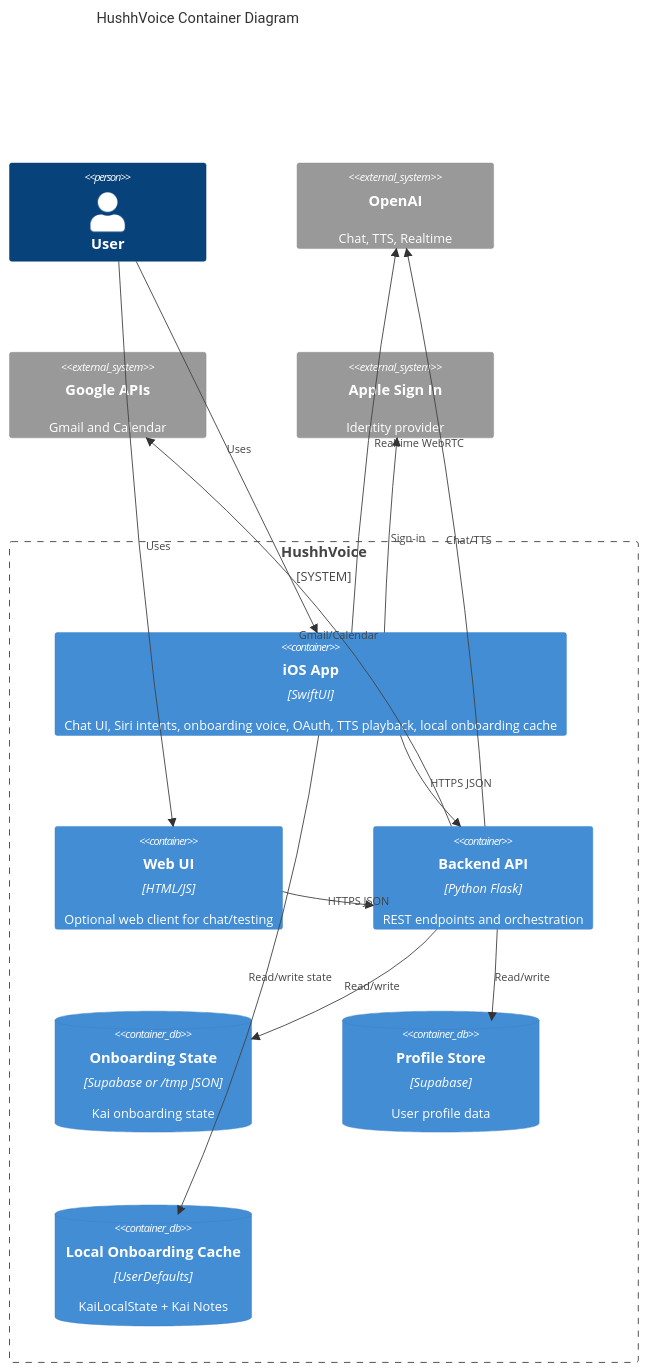
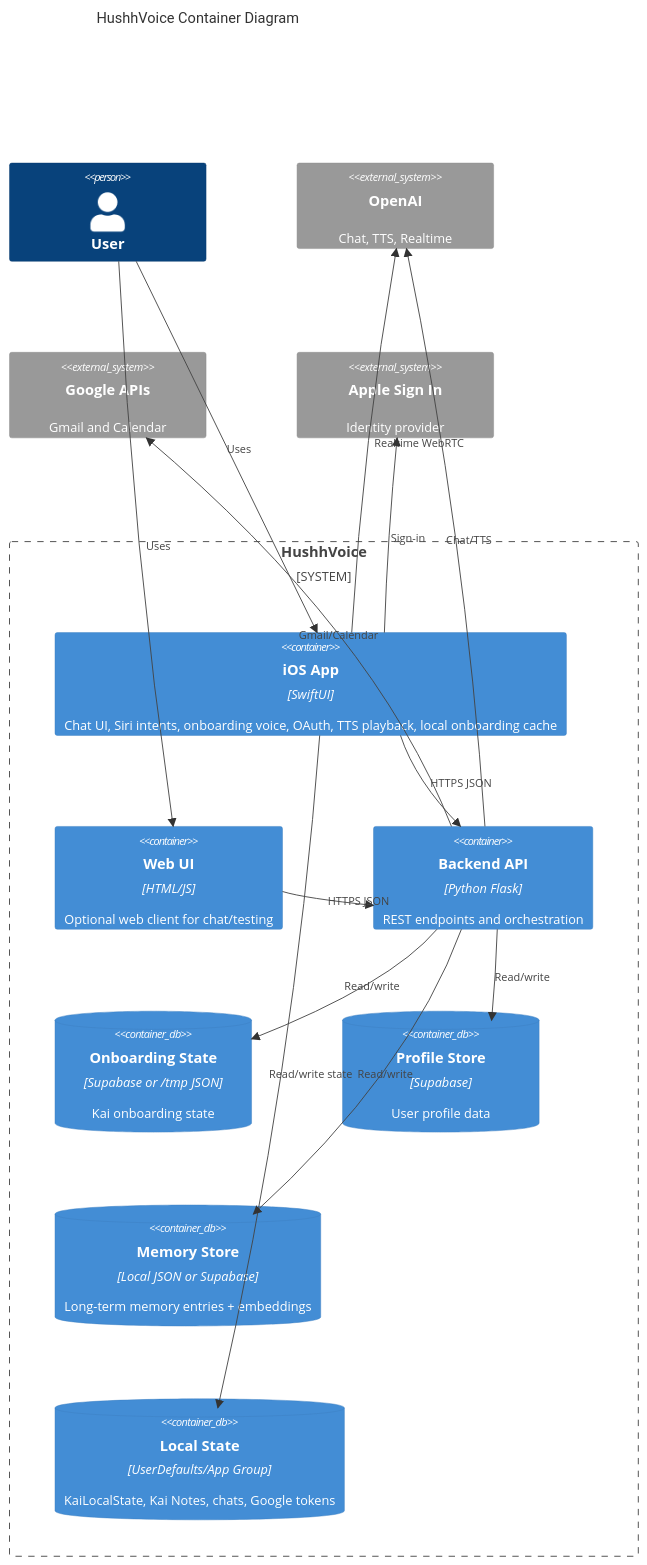
One commit to RGlodAkshat/HushhVoice changed the second of 8 diagrams in architecture.md. Above: the diagram before and after it, drawn with Mermaid. The commit also changed other lines of this file and 29 other files, not shown here.

````diff
--- a/architecture.md
+++ b/architecture.md
@@ -141,31 +157,33 @@
 ```mermaid
 C4Container
 title HushhVoice Container Diagram
 
 Person(user, "User")
 
 System_Boundary(hv, "HushhVoice") {
   Container(ios, "iOS App", "SwiftUI", "Chat UI, Siri intents, onboarding voice, OAuth, TTS playback, local onboarding cache")
   Container(web, "Web UI", "HTML/JS", "Optional web client for chat/testing")
   Container(api, "Backend API", "Python Flask", "REST endpoints and orchestration")
   ContainerDb(state, "Onboarding State", "Supabase or /tmp JSON", "Kai onboarding state")
   ContainerDb(profile, "Profile Store", "Supabase", "User profile data")
-  ContainerDb(local, "Local Onboarding Cache", "UserDefaults", "KaiLocalState + Kai Notes")
+  ContainerDb(memory, "Memory Store", "Local JSON or Supabase", "Long-term memory entries + embeddings")
+  ContainerDb(local, "Local State", "UserDefaults/App Group", "KaiLocalState, Kai Notes, chats, Google tokens")
 }
 
 System_Ext(openai, "OpenAI", "Chat, TTS, Realtime")
 System_Ext(google, "Google APIs", "Gmail and Calendar")
 System_Ext(apple, "Apple Sign In", "Identity provider")
 
 Rel(user, ios, "Uses")
 Rel(user, web, "Uses")
 Rel(ios, api, "HTTPS JSON")
 Rel(web, api, "HTTPS JSON")
 Rel(ios, local, "Read/write state")
 Rel(api, state, "Read/write")
 Rel(api, profile, "Read/write")
+Rel(api, memory, "Read/write")
 Rel(api, openai, "Chat/TTS")
 Rel(ios, openai, "Realtime WebRTC")
 Rel(api, google, "Gmail/Calendar")
 Rel(ios, apple, "Sign-in")
 ```
````
